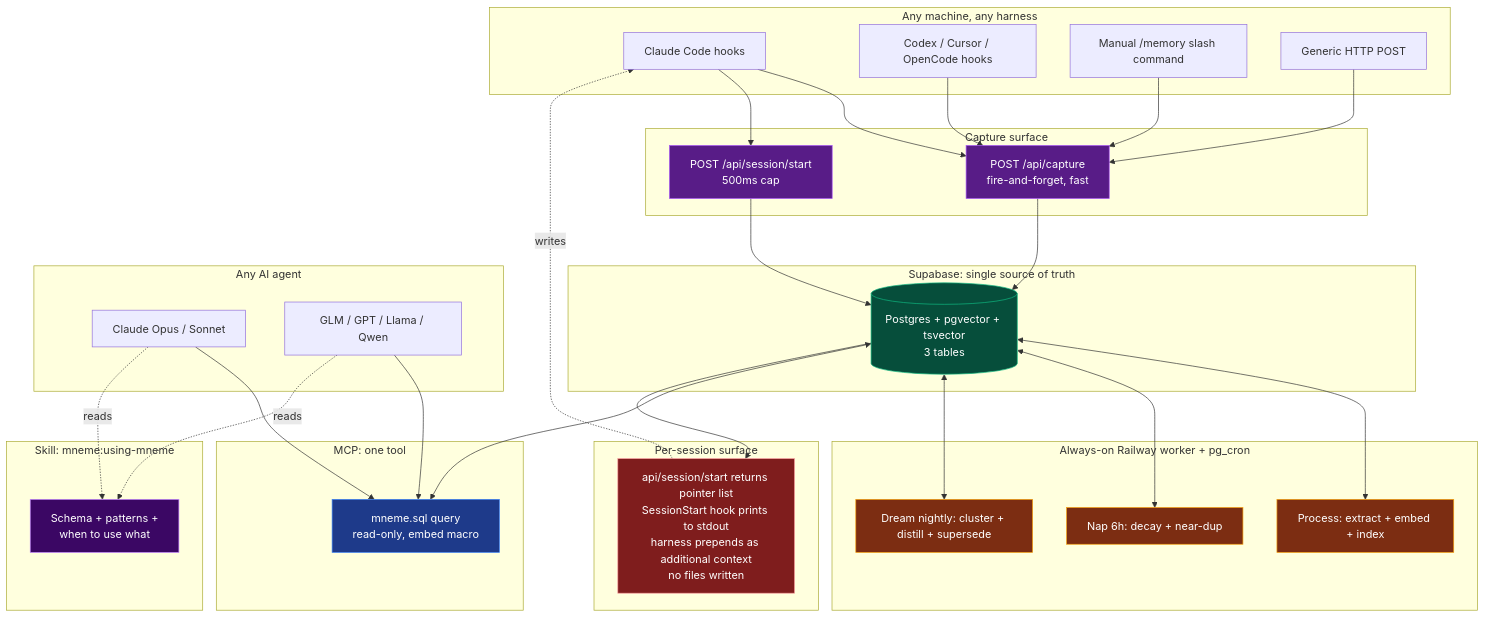
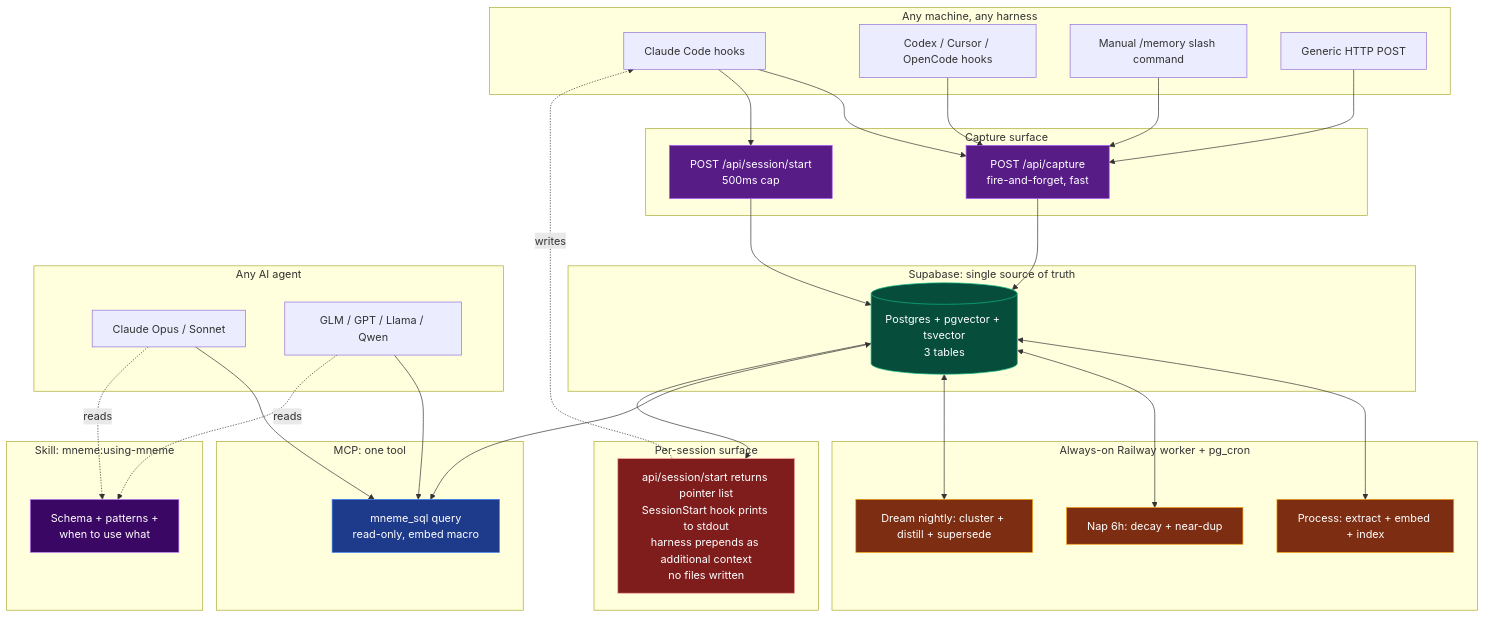
The first of 8 diagrams in ARCHITECTURE.md (j10ra/mneme), drawn with Mermaid before and after one commit. The commit also changed other lines of this file and 12 other files, not shown here.

````diff
--- a/ARCHITECTURE.md
+++ b/ARCHITECTURE.md
@@ -86,67 +86,67 @@
 ```mermaid
 flowchart TD
     subgraph Clients[Any machine, any harness]
         A1[Claude Code hooks]
         A2[Codex / Cursor / OpenCode hooks]
         A3[Manual /memory slash command]
         A4[Generic HTTP POST]
     end
 
     subgraph Edge[Capture surface]
         C[POST /api/capture<br/>fire-and-forget, fast]
         B[POST /api/session/start<br/>500ms cap]
     end
 
     subgraph Store[Supabase: single source of truth]
         DB[(Postgres + pgvector + tsvector<br/>3 tables)]
     end
 
     subgraph Workers[Always-on Railway worker + pg_cron]
         W1[Process: extract + embed + index]
         W2[Nap 6h: decay + near-dup]
         W3[Dream nightly: cluster + distill + supersede]
     end
 
     subgraph Read[MCP: one tool]
-        M1[mneme.sql query<br/>read-only, embed macro]
+        M1[mneme_sql query<br/>read-only, embed macro]
     end
 
     subgraph Surface[Per-session surface]
         SF["api/session/start returns pointer list<br/>SessionStart hook prints to stdout<br/>harness prepends as additional context<br/>no files written"]
     end
 
     subgraph Skill[Skill: mneme:using-mneme]
         SK[Schema + patterns +<br/>when to use what]
     end
 
     subgraph Agents[Any AI agent]
         AG1[Claude Opus / Sonnet]
         AG2[GLM / GPT / Llama / Qwen]
     end
 
     A1 & A2 & A3 & A4 --> C
     A1 --> B
     C --> DB
     B --> DB
     DB <--> W1
     DB <--> W2
     DB <--> W3
     DB <--> M1
     DB --> SF
     SF -.writes.-> A1
     AG1 & AG2 --> M1
     AG1 & AG2 -.reads.-> SK
 
     classDef store fill:#064e3b,stroke:#10b981,color:#fff
     classDef worker fill:#7c2d12,stroke:#f59e0b,color:#fff
     classDef read fill:#1e3a8a,stroke:#3b82f6,color:#fff
     classDef edge fill:#581c87,stroke:#a855f7,color:#fff
     classDef skill fill:#3b0764,stroke:#c084fc,color:#fff
     classDef surface fill:#7f1d1d,stroke:#fca5a5,color:#fff
     class DB store
     class W1,W2,W3 worker
     class M1 read
     class C,B edge
     class SK skill
     class SF surface
 ```
````
